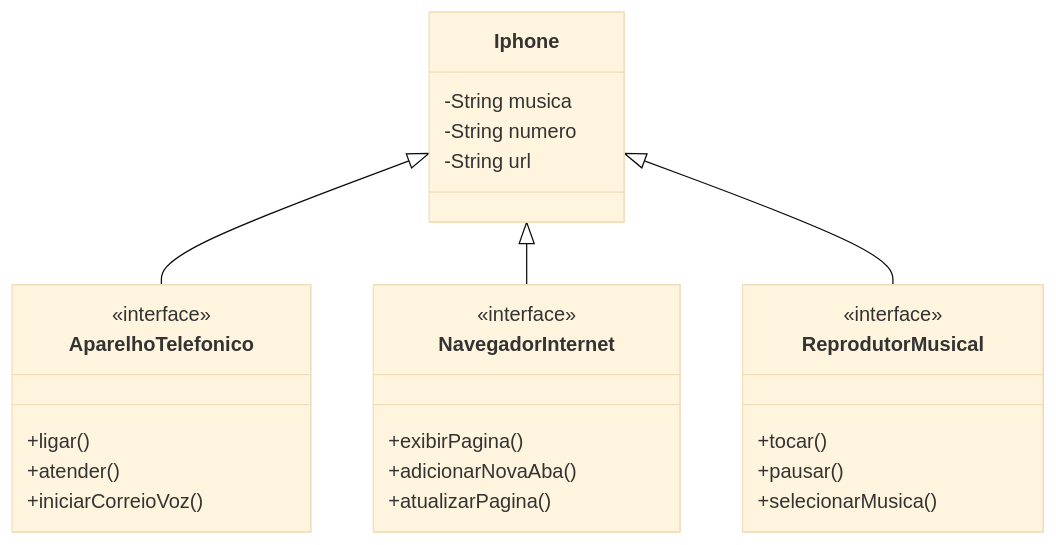
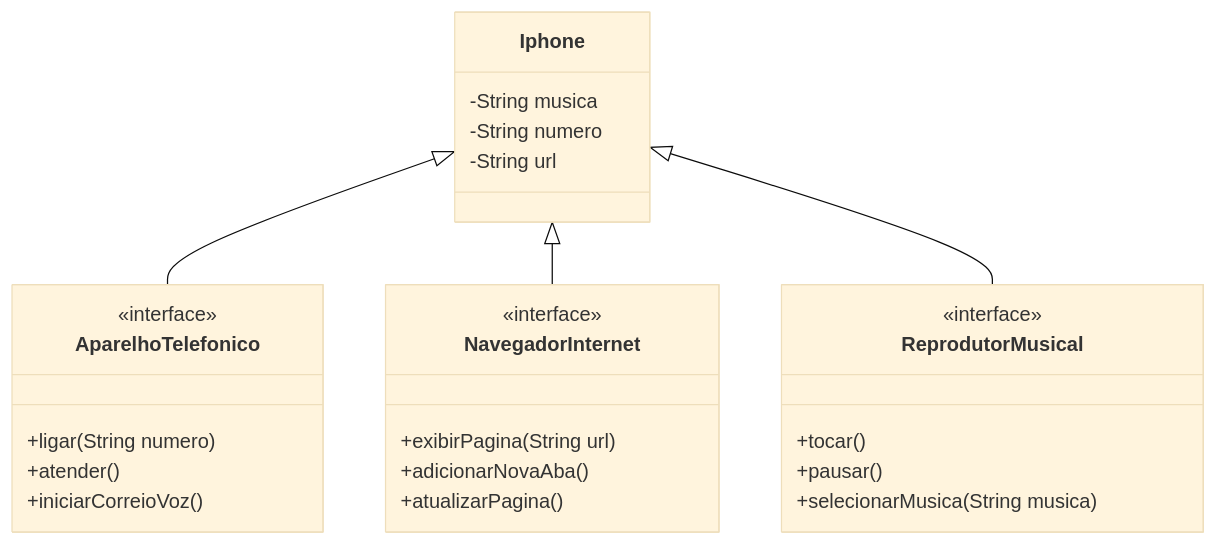
One commit to EscobarM03/desafio-poo changed the diagram in README.md. Above: the diagram before and after it, drawn with Mermaid (base theme).

````diff
--- a/README.md
+++ b/README.md
@@ -15,27 +15,27 @@
 ```mermaid
 classDiagram
     Iphone <|-- AparelhoTelefonico
     Iphone <|-- NavegadorInternet
     Iphone <|-- ReprodutorMusical
     Iphone : -String musica
     Iphone : -String numero
     Iphone : -String url
     class AparelhoTelefonico{
       <<interface>>
-      +ligar()
+      +ligar(String numero)
       +atender()
       +iniciarCorreioVoz()
     }
     class NavegadorInternet{
       <<interface>>
-      +exibirPagina()
+      +exibirPagina(String url)
       +adicionarNovaAba()
       +atualizarPagina()
     }
     class ReprodutorMusical{
       <<interface>>
       +tocar()
       +pausar()
-      +selecionarMusica()
+      +selecionarMusica(String musica)
     }
 ```
````
